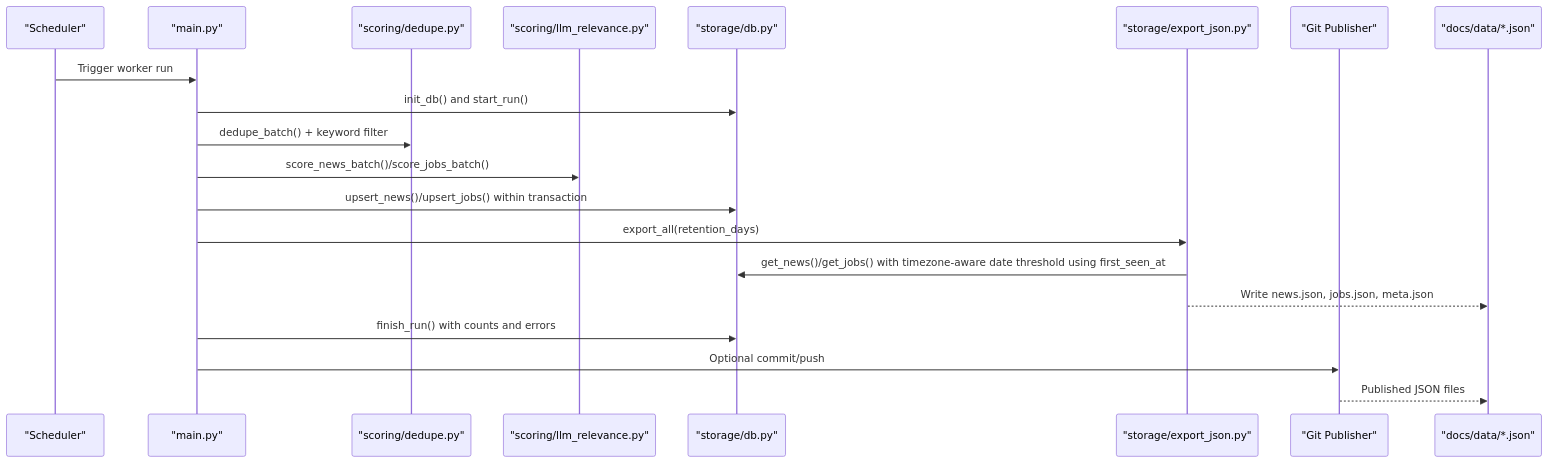
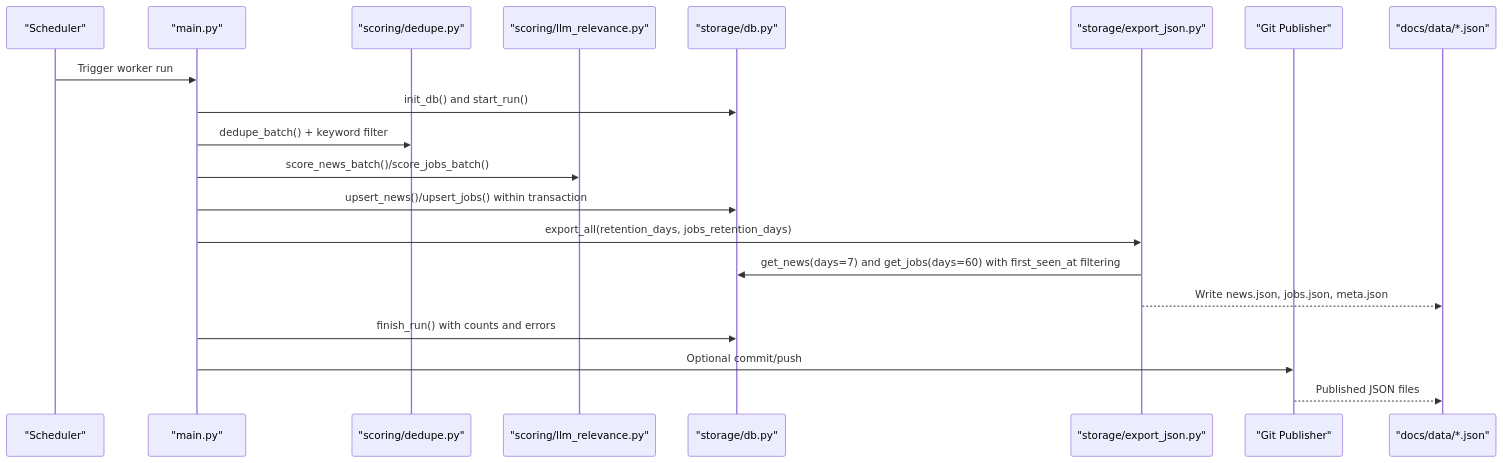
The second of 7 diagrams in .qoder/repowiki/en/content/Data Management/Data Lifecycle Management.md (shakthi-vinayak/news), drawn with Mermaid before and after one commit. The commit also changed other lines of this file and 55 other files, not shown here.

````diff
--- a/.qoder/repowiki/en/content/Data Management/Data Lifecycle Management.md
+++ b/.qoder/repowiki/en/content/Data Management/Data Lifecycle Management.md
@@ -112,22 +115,22 @@
 ```mermaid
 sequenceDiagram
 participant Cron as "Scheduler"
 participant Main as "main.py"
 participant Dedup as "scoring/dedupe.py"
 participant LLM as "scoring/llm_relevance.py"
 participant DB as "storage/db.py"
 participant Export as "storage/export_json.py"
 participant Git as "Git Publisher"
 participant Site as "docs/data/*.json"
 Cron->>Main : Trigger worker run
 Main->>DB : init_db() and start_run()
 Main->>Dedup : dedupe_batch() + keyword filter
 Main->>LLM : score_news_batch()/score_jobs_batch()
 Main->>DB : upsert_news()/upsert_jobs() within transaction
-Main->>Export : export_all(retention_days)
-Export->>DB : get_news()/get_jobs() with timezone-aware date threshold using first_seen_at
+Main->>Export : export_all(retention_days, jobs_retention_days)
+Export->>DB : get_news(days=7) and get_jobs(days=60) with first_seen_at filtering
 Export-->>Site : Write news.json, jobs.json, meta.json
 Main->>DB : finish_run() with counts and errors
 Main->>Git : Optional commit/push
 Git-->>Site : Published JSON files
 ```
````
